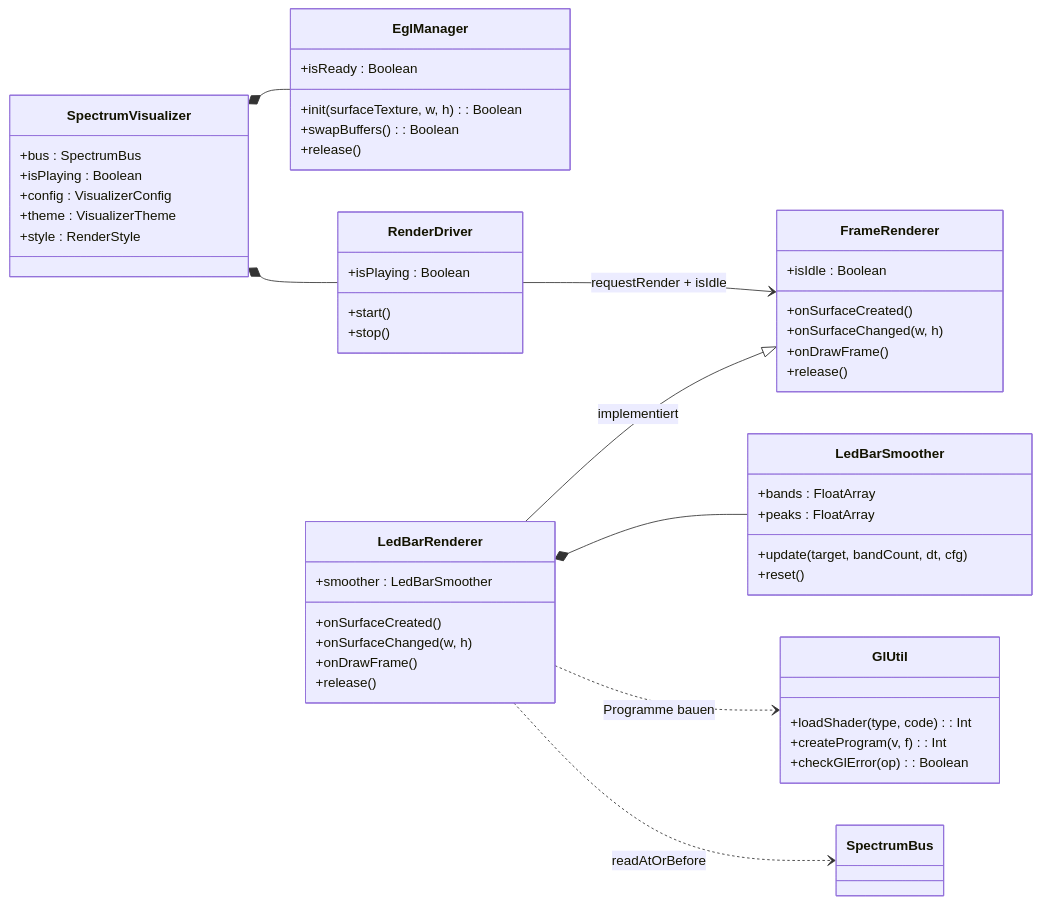
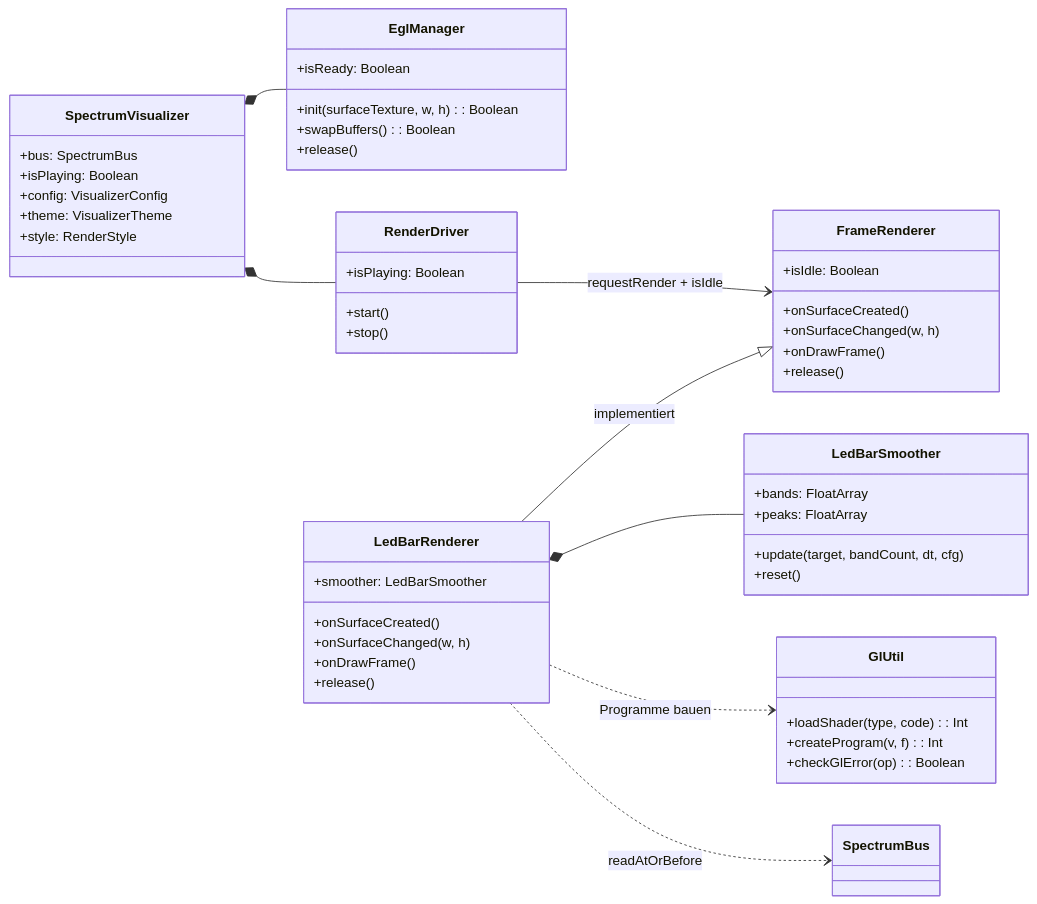
Before and after one commit to codezifer/work: the first of 2 diagrams in Muzzic/visualization/docs/04-rendering-gles.md, drawn with Mermaid. The commit also changed other lines of this file and 33 other files, not shown here.

````diff
--- a/Muzzic/visualization/docs/04-rendering-gles.md
+++ b/Muzzic/visualization/docs/04-rendering-gles.md
@@ -8,54 +8,54 @@
 ```mermaid
 classDiagram
     direction LR
     class SpectrumVisualizer {
-        +bus : SpectrumBus
-        +isPlaying : Boolean
-        +config : VisualizerConfig
-        +theme : VisualizerTheme
-        +style : RenderStyle
+        +bus: SpectrumBus
+        +isPlaying: Boolean
+        +config: VisualizerConfig
+        +theme: VisualizerTheme
+        +style: RenderStyle
     }
     class EglManager {
-        +isReady : Boolean
-        +init(surfaceTexture, w, h) : Boolean
-        +swapBuffers() : Boolean
+        +isReady: Boolean
+        +init(surfaceTexture, w, h): Boolean
+        +swapBuffers(): Boolean
         +release()
     }
     class RenderDriver {
-        +isPlaying : Boolean
+        +isPlaying: Boolean
         +start()
         +stop()
     }
     class FrameRenderer {
-        +isIdle : Boolean
+        +isIdle: Boolean
         +onSurfaceCreated()
         +onSurfaceChanged(w, h)
         +onDrawFrame()
         +release()
     }
     class LedBarRenderer {
-        +smoother : LedBarSmoother
+        +smoother: LedBarSmoother
         +onSurfaceCreated()
         +onSurfaceChanged(w, h)
         +onDrawFrame()
         +release()
     }
     class LedBarSmoother {
-        +bands : FloatArray
-        +peaks : FloatArray
+        +bands: FloatArray
+        +peaks: FloatArray
         +update(target, bandCount, dt, cfg)
         +reset()
     }
     class GlUtil {
-        +loadShader(type, code) : Int
-        +createProgram(v, f) : Int
-        +checkGlError(op) : Boolean
+        +loadShader(type, code): Int
+        +createProgram(v, f): Int
+        +checkGlError(op): Boolean
     }
     SpectrumVisualizer *-- EglManager
     SpectrumVisualizer *-- RenderDriver
-    RenderDriver --> FrameRenderer : requestRender + isIdle
-    LedBarRenderer --|> FrameRenderer : implementiert
+    RenderDriver --> FrameRenderer: requestRender + isIdle
+    LedBarRenderer --|> FrameRenderer: implementiert
     LedBarRenderer *-- LedBarSmoother
-    LedBarRenderer ..> GlUtil : Programme bauen
-    LedBarRenderer ..> SpectrumBus : readAtOrBefore
+    LedBarRenderer ..> GlUtil: Programme bauen
+    LedBarRenderer ..> SpectrumBus: readAtOrBefore
 ```
````
